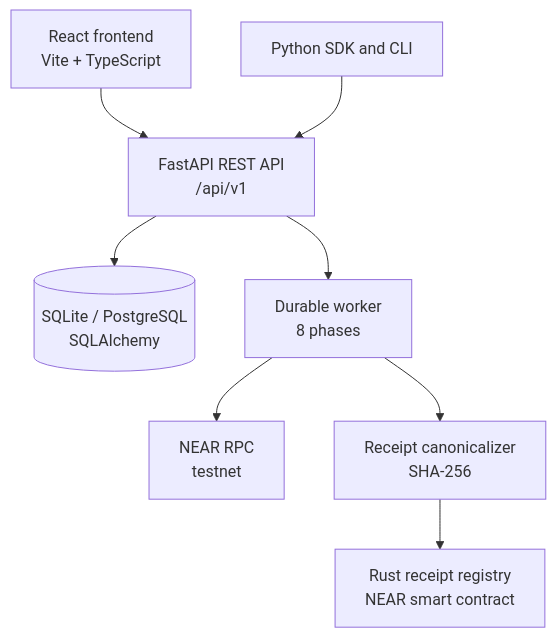
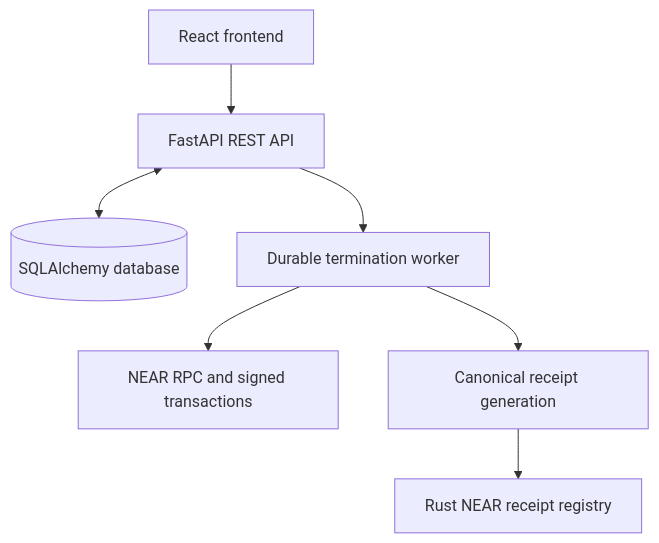
One commit to boycisco/clean-exit changed the diagram in README.md. Above: the diagram before and after it, drawn with Mermaid. The commit also changed other lines of this file and 10 other files, not shown here.

````diff
--- a/README.md
+++ b/README.md
@@ -41,10 +457,9 @@
 ```mermaid
-flowchart TB
-    UI[React frontend<br/>Vite + TypeScript] --> API[FastAPI REST API<br/>/api/v1]
-    API --> DB[(SQLite / PostgreSQL<br/>SQLAlchemy)]
-    API --> WORKER[Durable worker<br/>8 phases]
-    WORKER --> RPC[NEAR RPC<br/>testnet]
-    WORKER --> CANON[Receipt canonicalizer<br/>SHA-256]
-    CANON --> CONTRACT[Rust receipt registry<br/>NEAR smart contract]
-    SDK[Python SDK and CLI] --> API
+flowchart TD
+    UI[React frontend] --> API[FastAPI REST API]
+    API <--> DB[(SQLAlchemy database)]
+    API --> JOB[Durable termination worker]
+    JOB --> NEAR[NEAR RPC and signed transactions]
+    JOB --> RECEIPT[Canonical receipt generation]
+    RECEIPT --> CONTRACT[Rust NEAR receipt registry]
 ```
````
